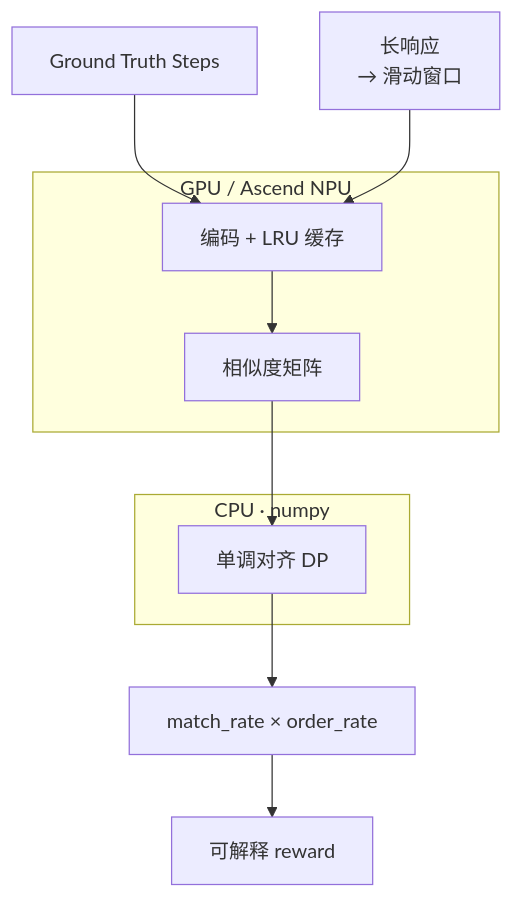
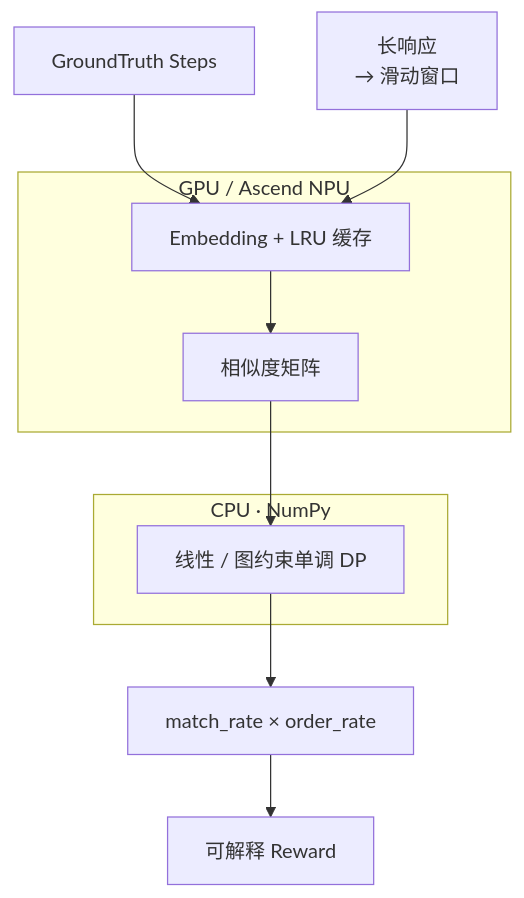
The second of 2 diagrams in README.zh-CN.md (VictorD1024/Reward-Align-Scorer), drawn with Mermaid before and after one commit. The commit also changed other lines of this file and 64 other files, not shown here.

Commit message:
feat: add graph-constrained alignment and turn-level rewards

````diff
--- a/README.zh-CN.md
+++ b/README.zh-CN.md
@@ -12,14 +53,14 @@
 ```mermaid
 flowchart TD
-    R["Ground Truth Steps"] --> E
+    R["GroundTruth Steps"] --> E
     W["长响应<br/>→ 滑动窗口"] --> E
     subgraph GPU["GPU / Ascend NPU"]
-        E["编码 + LRU 缓存"] --> S["相似度矩阵"]
+        E["Embedding + LRU 缓存"] --> S["相似度矩阵"]
     end
     S --> D
-    subgraph CPU["CPU · numpy"]
-        D["单调对齐 DP"]
+    subgraph CPU["CPU · NumPy"]
+        D["线性 / 图约束单调 DP"]
     end
     D --> O["match_rate × order_rate"]
-    O --> Score["可解释 reward"]
+    O --> Score["可解释 Reward"]
 ```
````
